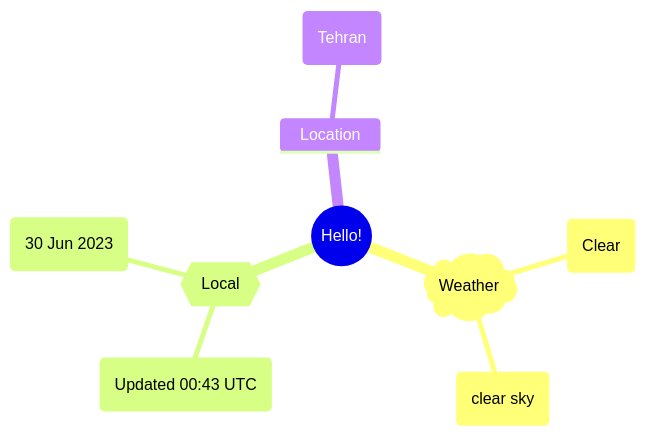
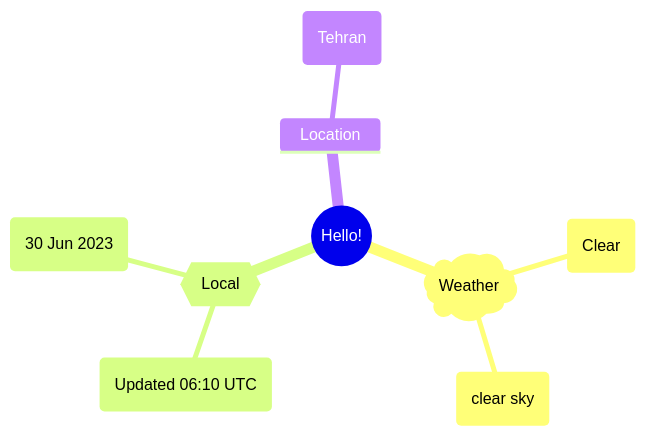
Before and after one commit to Xosrov/Xosrov: the first of 2 diagrams in README.md, drawn with Mermaid.

Commit message:
[bot] updated images

````diff
--- a/README.md
+++ b/README.md
@@ -3,12 +3,12 @@
 ```mermaid
 mindmap
   root((Hello!))
     )Weather(
         (Clear)
         (clear sky)
     {{Local}}
-        (Updated 00:43 UTC)
+        (Updated 06:10 UTC)
         (30 Jun 2023)
     Location
         (Tehran)
 ```
````
